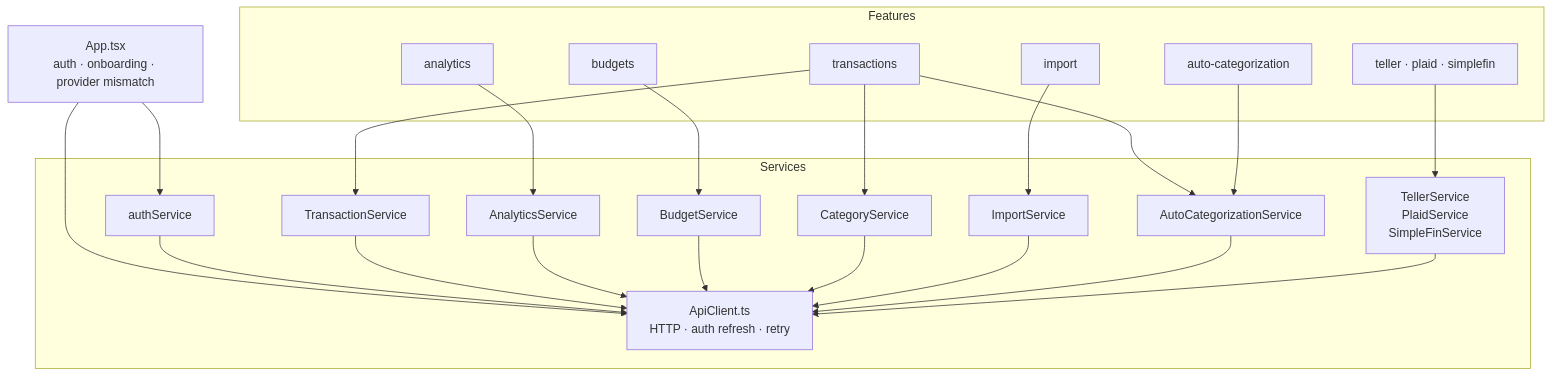
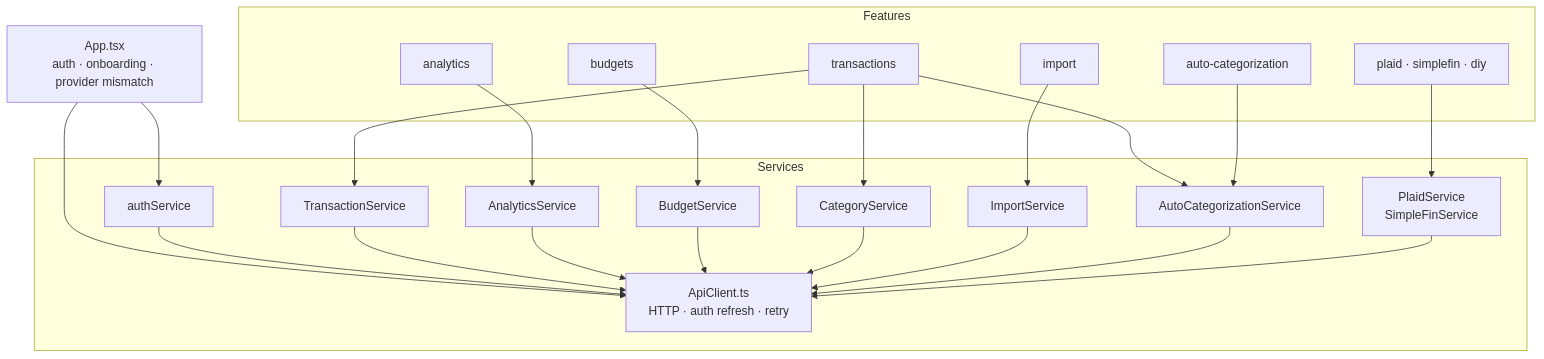
One commit to TwoBitFoundry/sumurai changed the eighth of 11 diagrams in docs/ARCHITECTURE.md. Above: the diagram before and after it, drawn with Mermaid. The commit also changed other lines of this file and 90 other files, not shown here.

````diff
--- a/docs/ARCHITECTURE.md
+++ b/docs/ARCHITECTURE.md
@@ -274,35 +272,35 @@
 ```mermaid
 flowchart TD
     App["App.tsx\nauth · onboarding · provider mismatch"]
 
     subgraph Services
         ApiClient["ApiClient.ts\nHTTP · auth refresh · retry"]
         AuthSvc["authService"]
         TxSvc["TransactionService"]
         AnalSvc["AnalyticsService"]
         BudgetSvc["BudgetService"]
         CatSvc["CategoryService"]
         ImportSvc["ImportService"]
         AutoCatSvc["AutoCategorizationService"]
-        ProviderSvcs["TellerService\nPlaidService\nSimpleFinService"]
+        ProviderSvcs["PlaidService\nSimpleFinService"]
     end
 
     subgraph Features
         FTx["transactions"]
         FBudget["budgets"]
         FAnal["analytics"]
         FImport["import"]
-        FProviders["teller · plaid · simplefin"]
+        FProviders["plaid · simplefin · diy"]
         FAutoCat["auto-categorization"]
     end
 
     App --> AuthSvc & ApiClient
     FTx --> TxSvc & CatSvc & AutoCatSvc
     FBudget --> BudgetSvc
     FAnal --> AnalSvc
     FImport --> ImportSvc
     FProviders --> ProviderSvcs
     FAutoCat --> AutoCatSvc
 
     AuthSvc & TxSvc & AnalSvc & BudgetSvc & CatSvc & ImportSvc & AutoCatSvc & ProviderSvcs --> ApiClient
 ```
````
